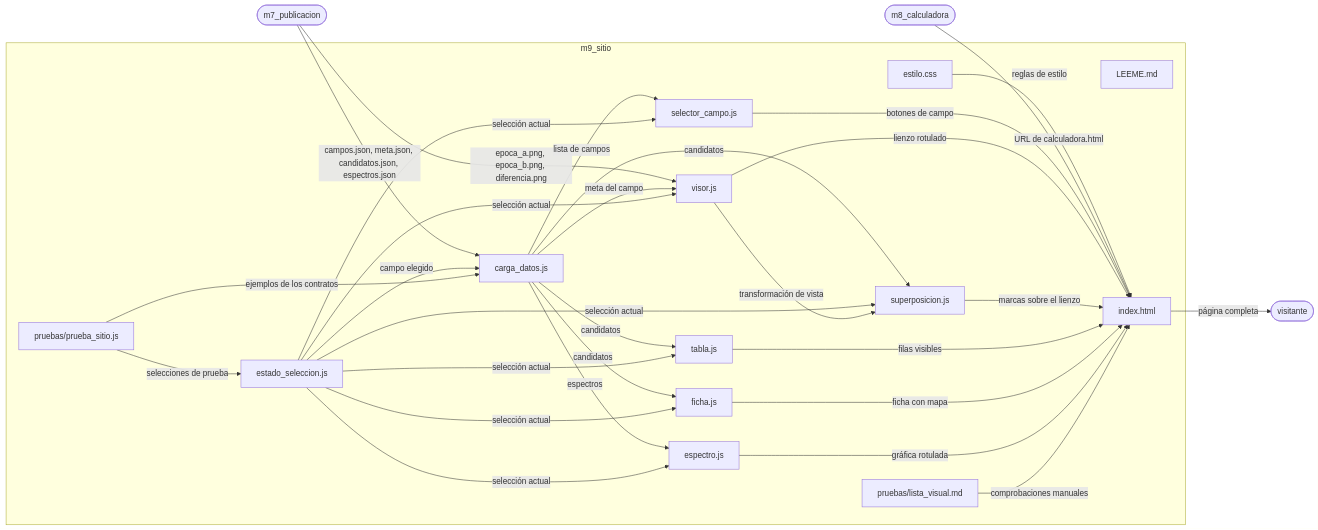
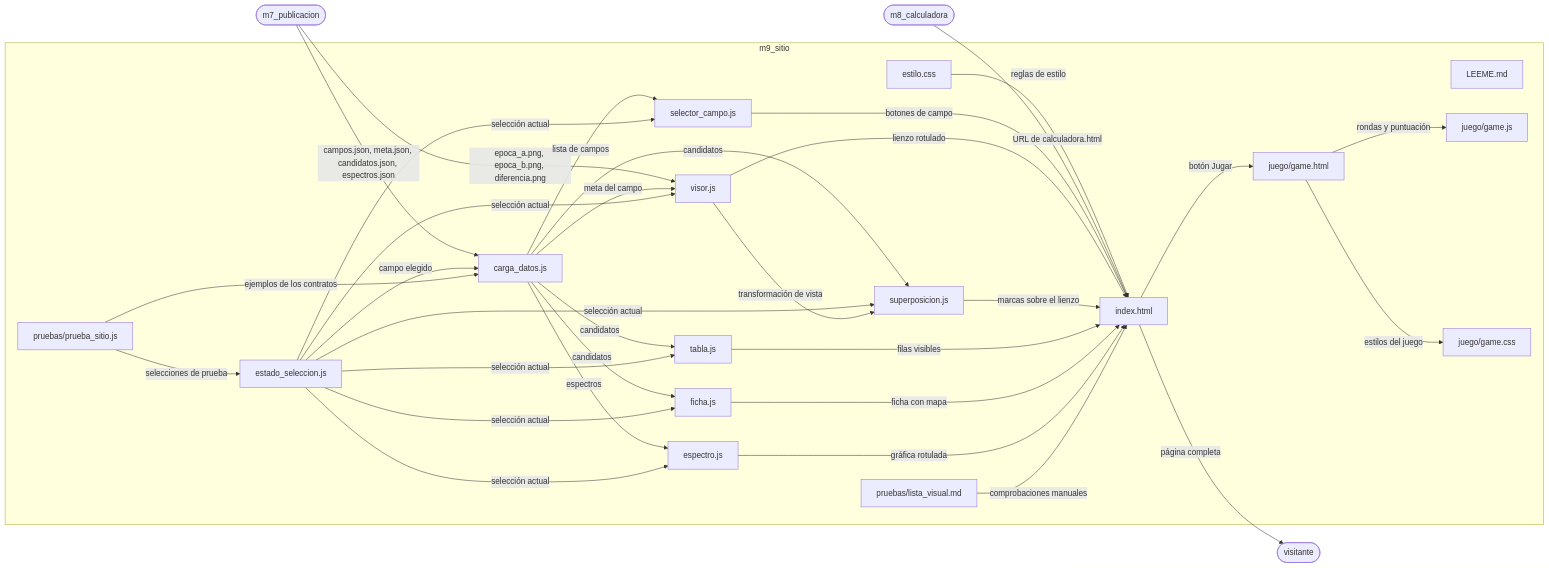
Before and after one commit to Beltranpcb/AstroNova: the tenth of 19 diagrams in ARQUITECTURA.md, drawn with Mermaid. The commit also changed other lines of this file and 1 other file, not shown here.

````diff
--- a/ARQUITECTURA.md
+++ b/ARQUITECTURA.md
@@ -474,49 +474,55 @@
 ```mermaid
 flowchart LR
   subgraph MODULO["m9_sitio"]
     f0["LEEME.md"]
     f1["index.html"]
     f2["estilo.css"]
     f3["estado_seleccion.js"]
     f4["carga_datos.js"]
     f5["selector_campo.js"]
     f6["visor.js"]
     f7["superposicion.js"]
     f8["tabla.js"]
     f9["ficha.js"]
     f10["espectro.js"]
     f11["pruebas/prueba_sitio.js"]
     f12["pruebas/lista_visual.md"]
+    f13["juego/game.html"]
+    f14["juego/game.js"]
+    f15["juego/game.css"]
   end
   e0(["m7_publicacion"])
   e1(["m8_calculadora"])
   e2(["visitante"])
   f2 -->|"reglas de estilo"| f1
   e0 -->|"campos.json, meta.json, candidatos.json, espectros.json"| f4
   e0 -->|"epoca_a.png, epoca_b.png, diferencia.png"| f6
   e1 -->|"URL de calculadora.html"| f1
   f3 -->|"campo elegido"| f4
   f4 -->|"lista de campos"| f5
   f4 -->|"meta del campo"| f6
   f4 -->|"candidatos"| f7
   f4 -->|"candidatos"| f8
   f4 -->|"candidatos"| f9
   f4 -->|"espectros"| f10
   f3 -->|"selección actual"| f5
   f3 -->|"selección actual"| f6
   f3 -->|"selección actual"| f7
   f3 -->|"selección actual"| f8
   f3 -->|"selección actual"| f9
   f3 -->|"selección actual"| f10
   f6 -->|"transformación de vista"| f7
   f5 -->|"botones de campo"| f1
   f6 -->|"lienzo rotulado"| f1
   f7 -->|"marcas sobre el lienzo"| f1
   f8 -->|"filas visibles"| f1
   f9 -->|"ficha con mapa"| f1
   f10 -->|"gráfica rotulada"| f1
+  f1 -->|"botón Jugar"| f13
+  f13 -->|"rondas y puntuación"| f14
+  f13 -->|"estilos del juego"| f15
   f1 -->|"página completa"| e2
   f11 -->|"ejemplos de los contratos"| f4
   f11 -->|"selecciones de prueba"| f3
   f12 -->|"comprobaciones manuales"| f1
 ```
````
